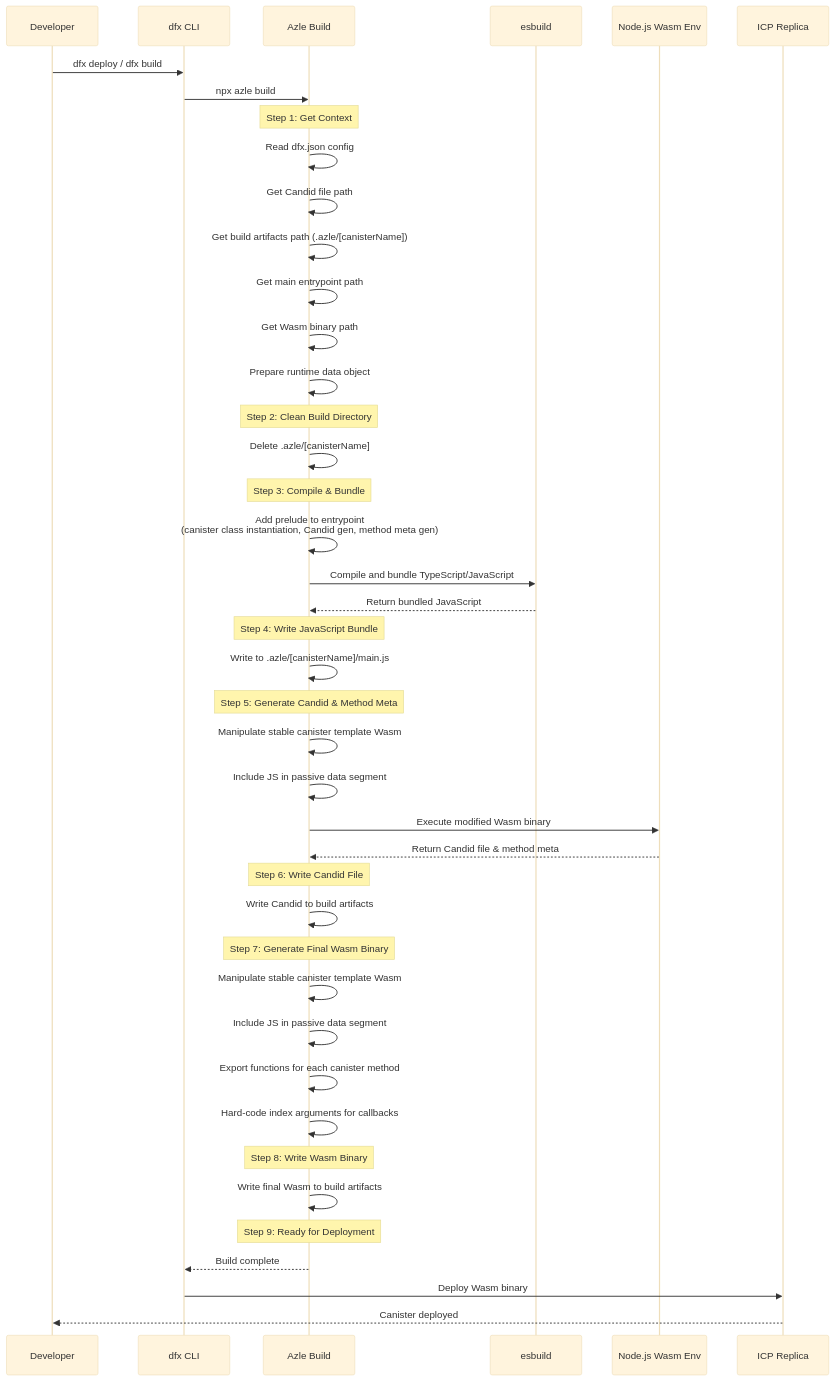
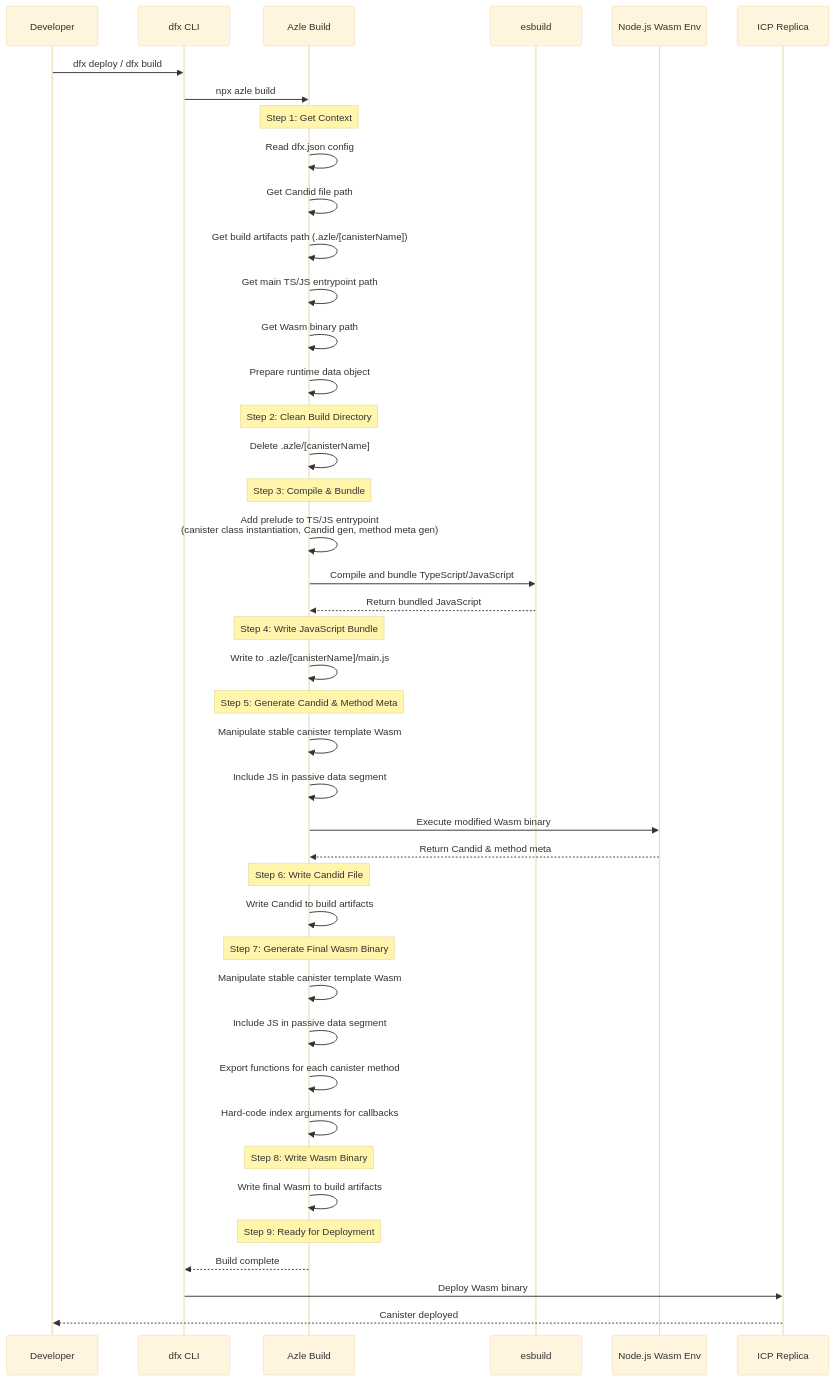
The diagram in contributing/architecture/build_process_sequence.md (demergent-labs/azle), drawn with Mermaid (base theme) before and after one commit. The commit also changed 3 other files, not shown here.

Commit message:
Azle architecture documents complete

````diff
--- a/contributing/architecture/build_process_sequence.md
+++ b/contributing/architecture/build_process_sequence.md
@@ -3,54 +3,54 @@
 ```mermaid
 sequenceDiagram
     participant Dev as Developer
     participant DFX as dfx CLI
     participant Azle as Azle Build
     participant ESBuild as esbuild
     participant NodeWasm as Node.js Wasm Env
     participant ICP as ICP Replica
 
     Dev->>DFX: dfx deploy / dfx build
     DFX->>Azle: npx azle build
 
     Note over Azle: Step 1: Get Context
     Azle->>Azle: Read dfx.json config
     Azle->>Azle: Get Candid file path
     Azle->>Azle: Get build artifacts path (.azle/[canisterName])
-    Azle->>Azle: Get main entrypoint path
+    Azle->>Azle: Get main TS/JS entrypoint path
     Azle->>Azle: Get Wasm binary path
     Azle->>Azle: Prepare runtime data object
 
     Note over Azle: Step 2: Clean Build Directory
     Azle->>Azle: Delete .azle/[canisterName]
 
     Note over Azle: Step 3: Compile & Bundle
-    Azle->>Azle: Add prelude to entrypoint<br/>(canister class instantiation, Candid gen, method meta gen)
+    Azle->>Azle: Add prelude to TS/JS entrypoint<br/>(canister class instantiation, Candid gen, method meta gen)
     Azle->>ESBuild: Compile and bundle TypeScript/JavaScript
     ESBuild-->>Azle: Return bundled JavaScript
 
     Note over Azle: Step 4: Write JavaScript Bundle
     Azle->>Azle: Write to .azle/[canisterName]/main.js
 
     Note over Azle: Step 5: Generate Candid & Method Meta
     Azle->>Azle: Manipulate stable canister template Wasm
     Azle->>Azle: Include JS in passive data segment
     Azle->>NodeWasm: Execute modified Wasm binary
-    NodeWasm-->>Azle: Return Candid file & method meta
+    NodeWasm-->>Azle: Return Candid & method meta
 
     Note over Azle: Step 6: Write Candid File
     Azle->>Azle: Write Candid to build artifacts
 
     Note over Azle: Step 7: Generate Final Wasm Binary
     Azle->>Azle: Manipulate stable canister template Wasm
     Azle->>Azle: Include JS in passive data segment
     Azle->>Azle: Export functions for each canister method
     Azle->>Azle: Hard-code index arguments for callbacks
 
     Note over Azle: Step 8: Write Wasm Binary
     Azle->>Azle: Write final Wasm to build artifacts
 
     Note over Azle: Step 9: Ready for Deployment
     Azle-->>DFX: Build complete
     DFX->>ICP: Deploy Wasm binary
     ICP-->>Dev: Canister deployed
 ```
````
